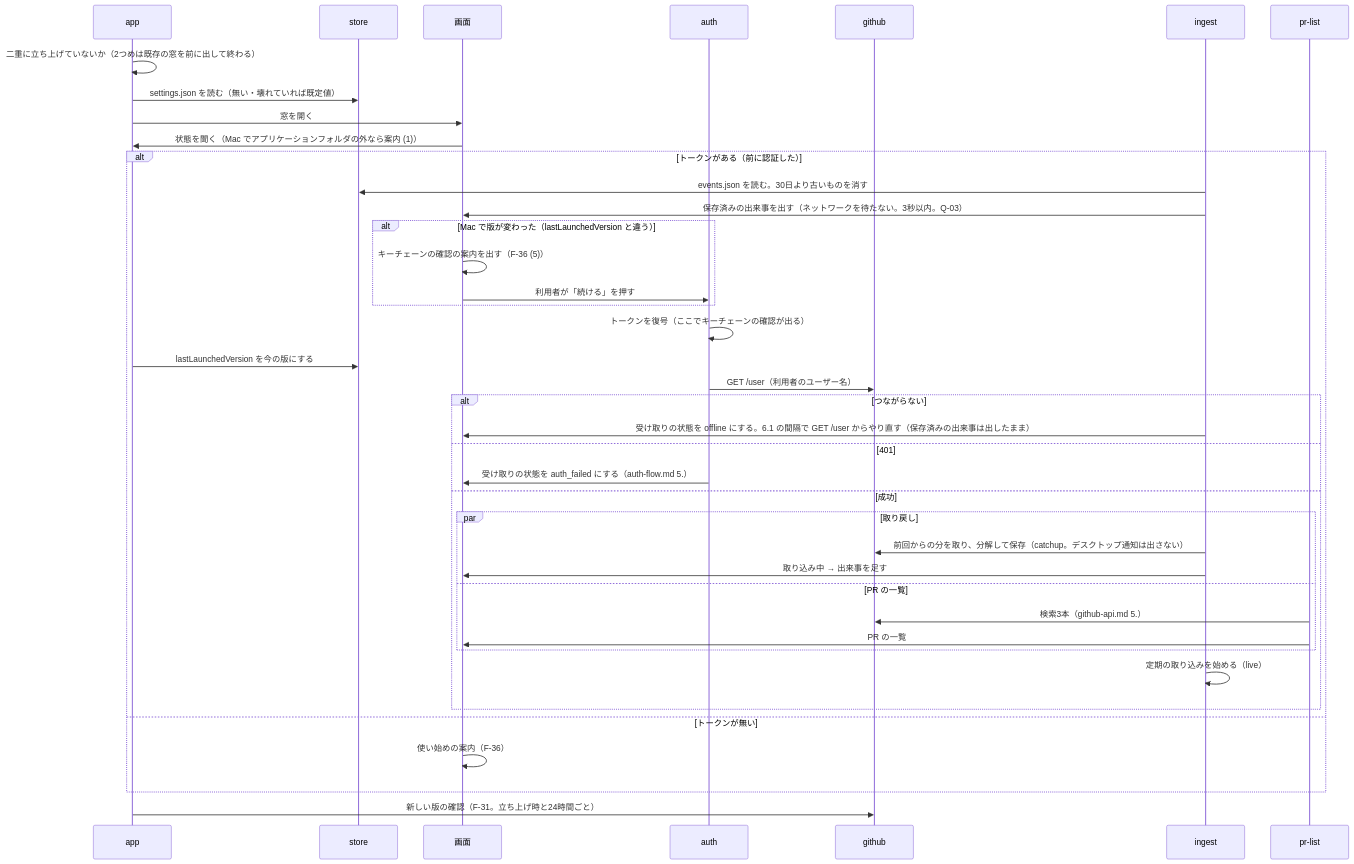
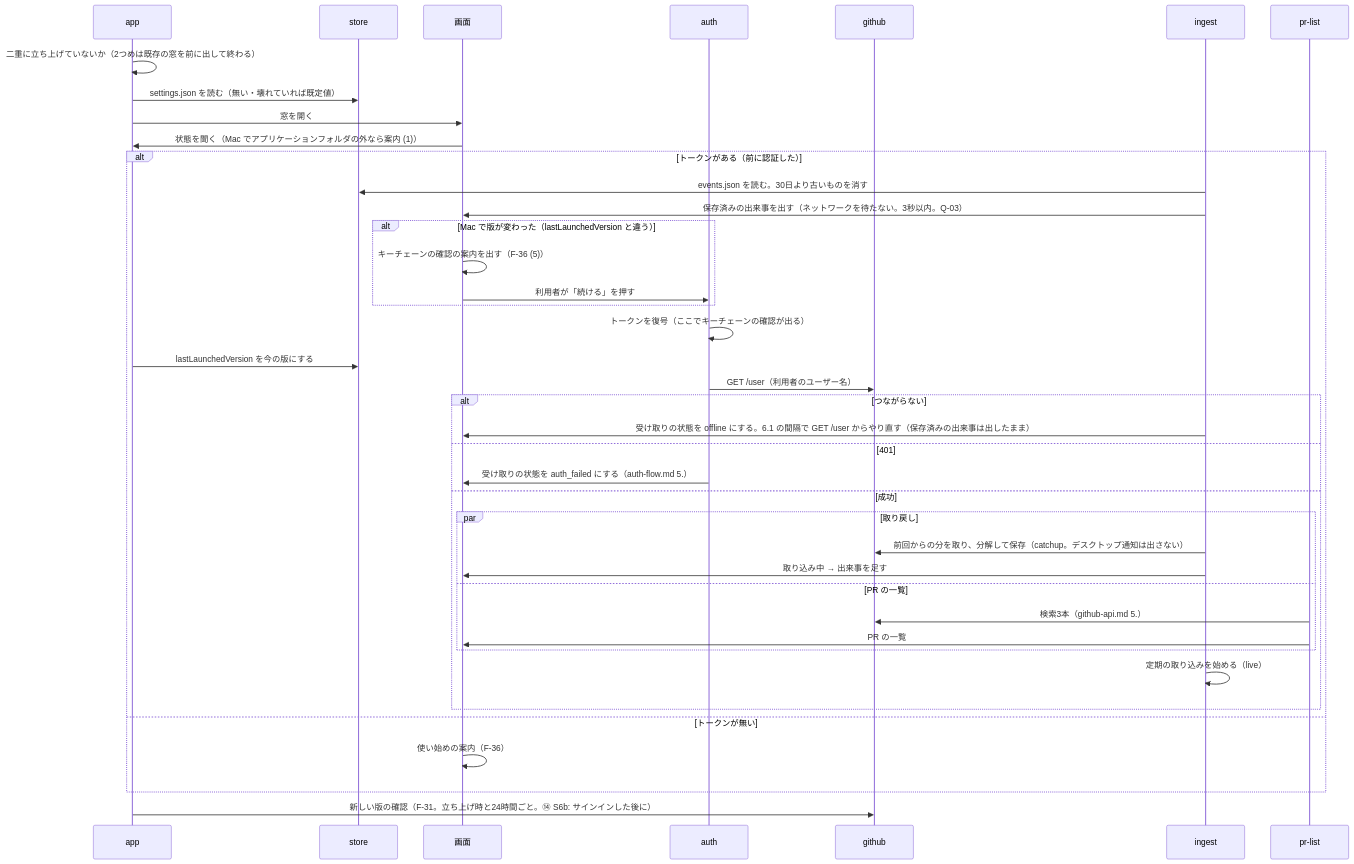
The second of 2 diagrams in docs/design/components/component-backend.md (zonbitamago/github-inbox), drawn with Mermaid before and after one commit. The commit also changed other lines of this file and 5 other files, not shown here.

````diff
--- a/docs/design/components/component-backend.md
+++ b/docs/design/components/component-backend.md
@@ -184,43 +185,43 @@
 ```mermaid
 sequenceDiagram
   participant A as app
   participant S as store
   participant W as 画面
   participant AU as auth
   participant G as github
   participant I as ingest
   participant P as pr-list
 
   A->>A: 二重に立ち上げていないか（2つめは既存の窓を前に出して終わる）
   A->>S: settings.json を読む（無い・壊れていれば既定値）
   A->>W: 窓を開く
   W->>A: 状態を聞く（Mac でアプリケーションフォルダの外なら案内 (1)）
   alt トークンがある（前に認証した）
     I->>S: events.json を読む。30日より古いものを消す
     I->>W: 保存済みの出来事を出す（ネットワークを待たない。3秒以内。Q-03）
     alt Mac で版が変わった（lastLaunchedVersion と違う）
       W->>W: キーチェーンの確認の案内を出す（F-36 (5)）
       W->>AU: 利用者が「続ける」を押す
     end
     AU->>AU: トークンを復号（ここでキーチェーンの確認が出る）
     A->>S: lastLaunchedVersion を今の版にする
     AU->>G: GET /user（利用者のユーザー名）
     alt つながらない
       I->>W: 受け取りの状態を offline にする。6.1 の間隔で GET /user からやり直す（保存済みの出来事は出したまま）
     else 401
       AU->>W: 受け取りの状態を auth_failed にする（auth-flow.md 5.）
     else 成功
       par 取り戻し
         I->>G: 前回からの分を取り、分解して保存（catchup。デスクトップ通知は出さない）
         I->>W: 取り込み中 → 出来事を足す
       and PR の一覧
         P->>G: 検索3本（github-api.md 5.）
         P->>W: PR の一覧
       end
       I->>I: 定期の取り込みを始める（live）
     end
   else トークンが無い
     W->>W: 使い始めの案内（F-36）
   end
-  A->>G: 新しい版の確認（F-31。立ち上げ時と24時間ごと）
+  A->>G: 新しい版の確認（F-31。立ち上げ時と24時間ごと。⑭ S6b: サインインした後に）
 ```
````
